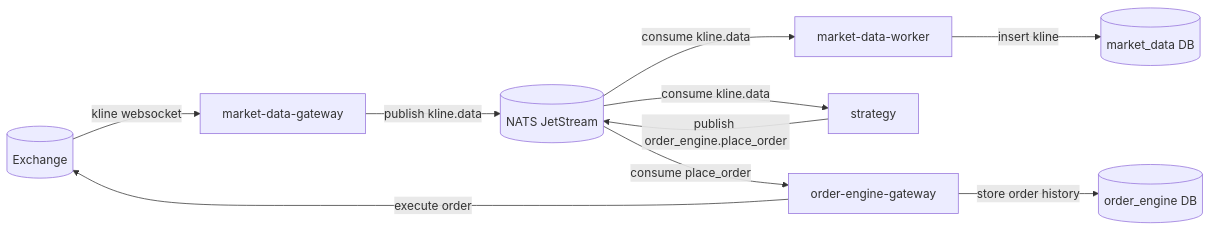
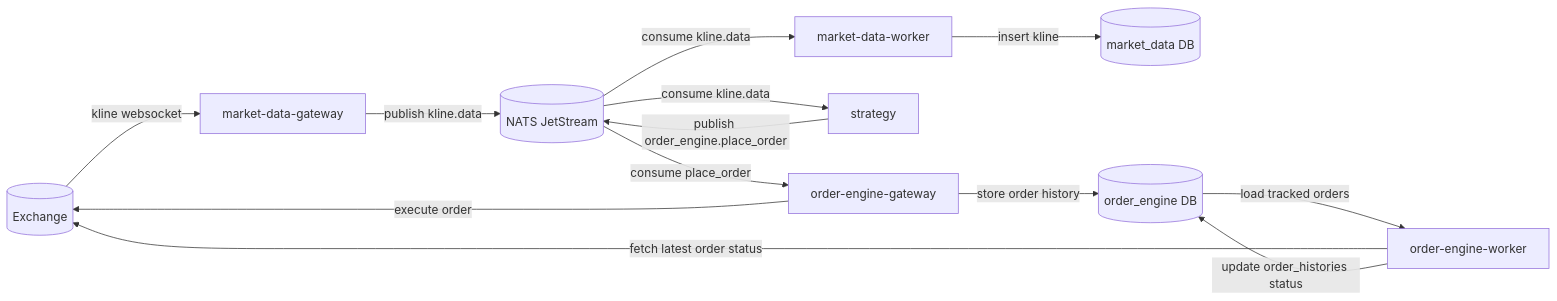
One commit to krobus00/hft-service changed the diagram in README.md. Above: the diagram before and after it, drawn with Mermaid. The commit also changed other lines of this file and 1 other file, not shown here.

````diff
--- a/README.md
+++ b/README.md
@@ -19,21 +22,25 @@
 ```mermaid
 flowchart LR
   EX[(Exchange)]
   NATS[(NATS JetStream)]
   MDG[market-data-gateway]
   MDW[market-data-worker]
   STRAT[strategy]
   OEG[order-engine-gateway]
+  OEW[order-engine-worker]
   MDB[(market_data DB)]
   ODB[(order_engine DB)]
 
   EX -->|kline websocket| MDG
   MDG -->|publish kline.data| NATS
   NATS -->|consume kline.data| MDW
   NATS -->|consume kline.data| STRAT
   MDW -->|insert kline| MDB
   STRAT -->|publish order_engine.place_order| NATS
   NATS -->|consume place_order| OEG
   OEG -->|execute order| EX
   OEG -->|store order history| ODB
+  ODB -->|load tracked orders| OEW
+  OEW -->|fetch latest order status| EX
+  OEW -->|update order_histories status| ODB
 ```
````
